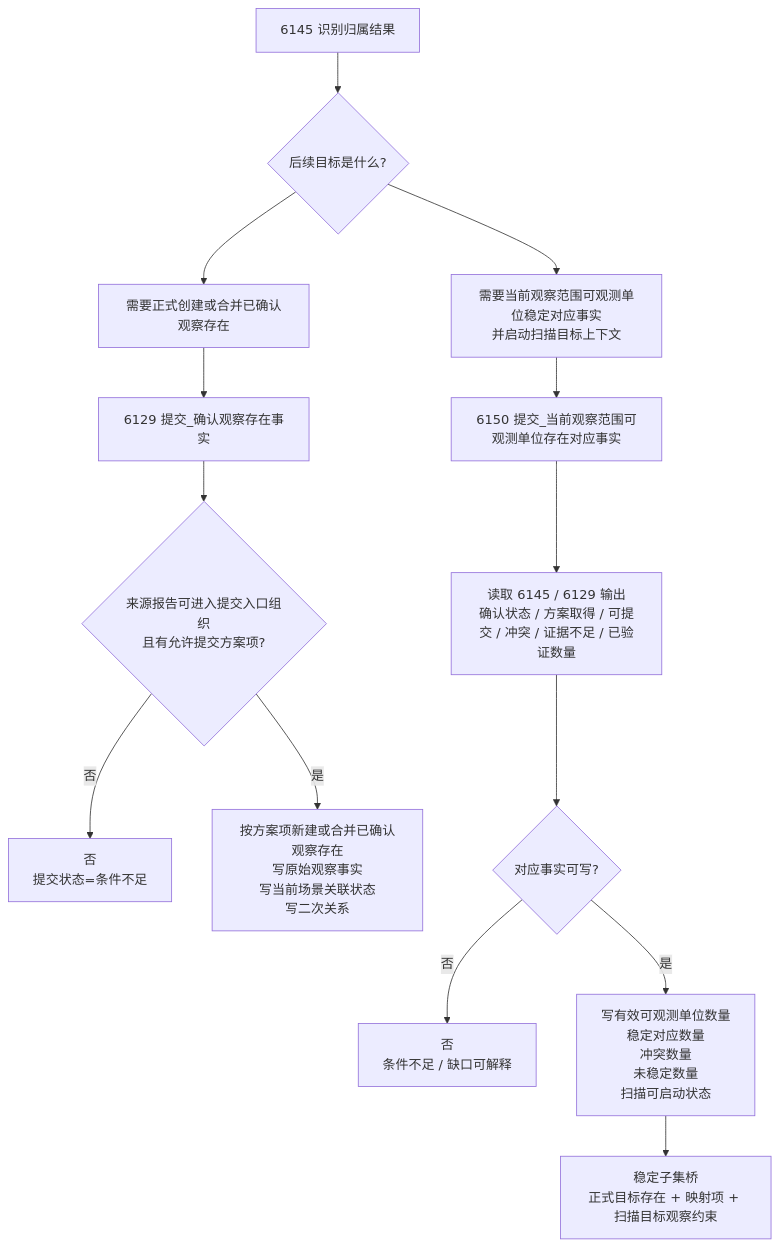
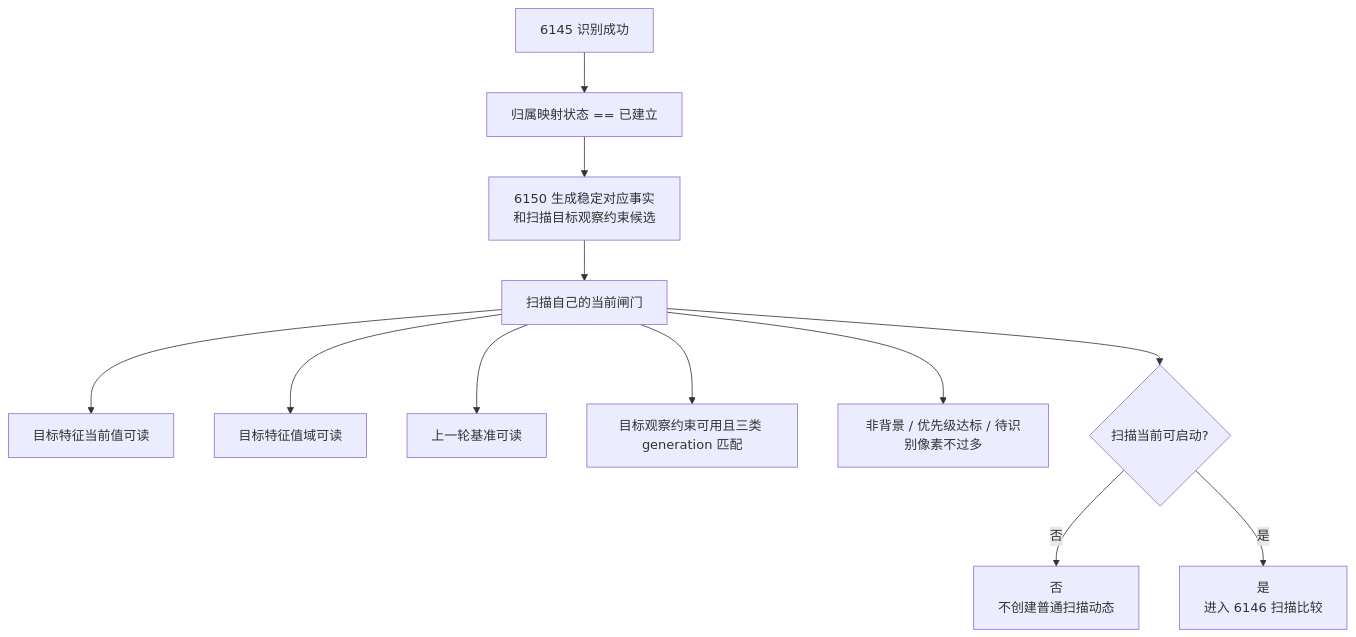
Before and after one commit to chunhaizh-cyber/Birthplace-of-digital-civilization: the seventh of 7 diagrams in 流程图/当前_本能方法_识别内部实现逻辑流程图.md, drawn with Mermaid. The commit also changed other lines of this file and 67 other files, not shown here.

````diff
--- a/流程图/当前_本能方法_识别内部实现逻辑流程图.md
+++ b/流程图/当前_本能方法_识别内部实现逻辑流程图.md
@@ -307,25 +348,25 @@
 ```mermaid
 flowchart TD
-    A["6145 识别归属结果"]
-    B{"后续目标是什么?"}
-    C["需要正式创建或合并已确认观察存在"]
-    D["需要当前观察范围可观测单位稳定对应事实<br/>并启动扫描目标上下文"]
-    E["6129 提交_确认观察存在事实"]
-    F{"来源报告可进入提交入口组织<br/>且有允许提交方案项?"}
-    F0["否<br/>提交状态=条件不足"]
-    G["按方案项新建或合并已确认观察存在<br/>写原始观察事实<br/>写当前场景关联状态<br/>写二次关系"]
-    H["6150 提交_当前观察范围可观测单位存在对应事实"]
-    I["读取 6145 / 6129 输出<br/>确认状态 / 方案取得 / 可提交 / 冲突 / 证据不足 / 已验证数量"]
-    J{"对应事实可写?"}
-    J0["否<br/>条件不足 / 缺口可解释"]
-    K["写有效可观测单位数量<br/>稳定对应数量<br/>冲突数量<br/>未稳定数量<br/>扫描可启动状态"]
-    L["稳定子集桥<br/>正式目标存在 + 映射项 + 扫描目标观察约束"]
+    A["6145 识别成功"]
+    B["归属映射状态 == 已建立"]
+    C["6150 生成稳定对应事实<br/>和扫描目标观察约束候选"]
+    D["扫描自己的当前闸门"]
+    D1["目标特征当前值可读"]
+    D2["目标特征值域可读"]
+    D3["上一轮基准可读"]
+    D4["目标观察约束可用且三类 generation 匹配"]
+    D5["非背景 / 优先级达标 / 待识别像素不过多"]
+    E{"扫描当前可启动?"}
+    E0["否<br/>不创建普通扫描动态"]
+    F["是<br/>进入 6146 扫描比较"]
 
-    A --> B
-    B --> C --> E --> F
-    F -->|"否"| F0
-    F -->|"是"| G
-    B --> D --> H --> I --> J
-    J -->|"否"| J0
-    J -->|"是"| K --> L
+    A --> B --> C --> D
+    D --> D1
+    D --> D2
+    D --> D3
+    D --> D4
+    D --> D5
+    D --> E
+    E -->|"否"| E0
+    E -->|"是"| F
 ```
````
